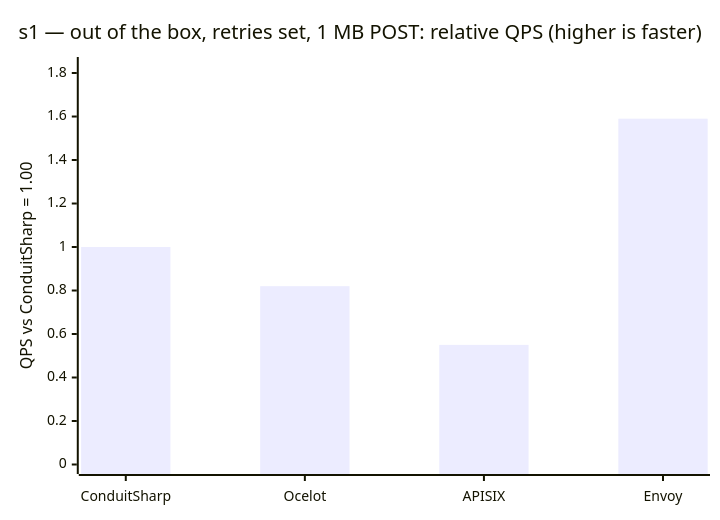
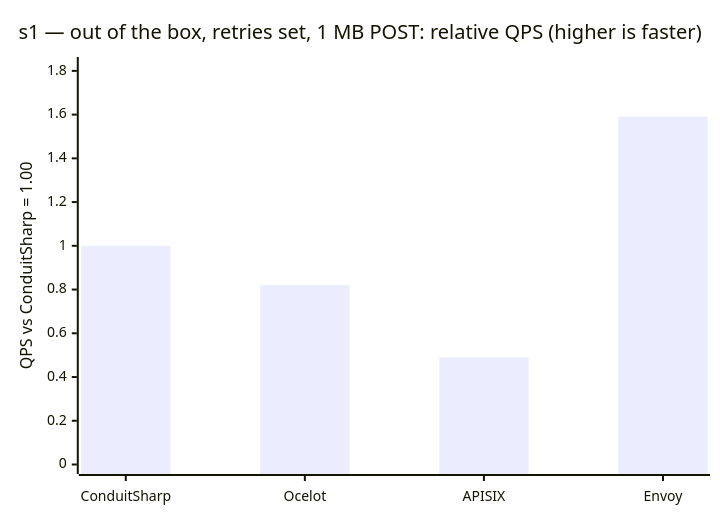
Before and after one commit to liqngliz/ConduitSharp: the seventh of 9 diagrams in README.md, drawn with Mermaid. The commit also changed other lines of this file and 1 other file, not shown here.

````diff
--- a/README.md
+++ b/README.md
@@ -510,7 +510,7 @@
 ```mermaid
 xychart-beta
     title "s1 — out of the box, retries set, 1 MB POST: relative QPS (higher is faster)"
     x-axis ["ConduitSharp", "Ocelot", "APISIX", "Envoy"]
-    y-axis "QPS vs ConduitSharp = 1.00" 0 --> 1.83
-    bar [1.00, 0.82, 0.55, 1.59]
+    y-axis "QPS vs ConduitSharp = 1.00" 0 --> 1.82
+    bar [1.00, 0.82, 0.49, 1.59]
 ```
````
